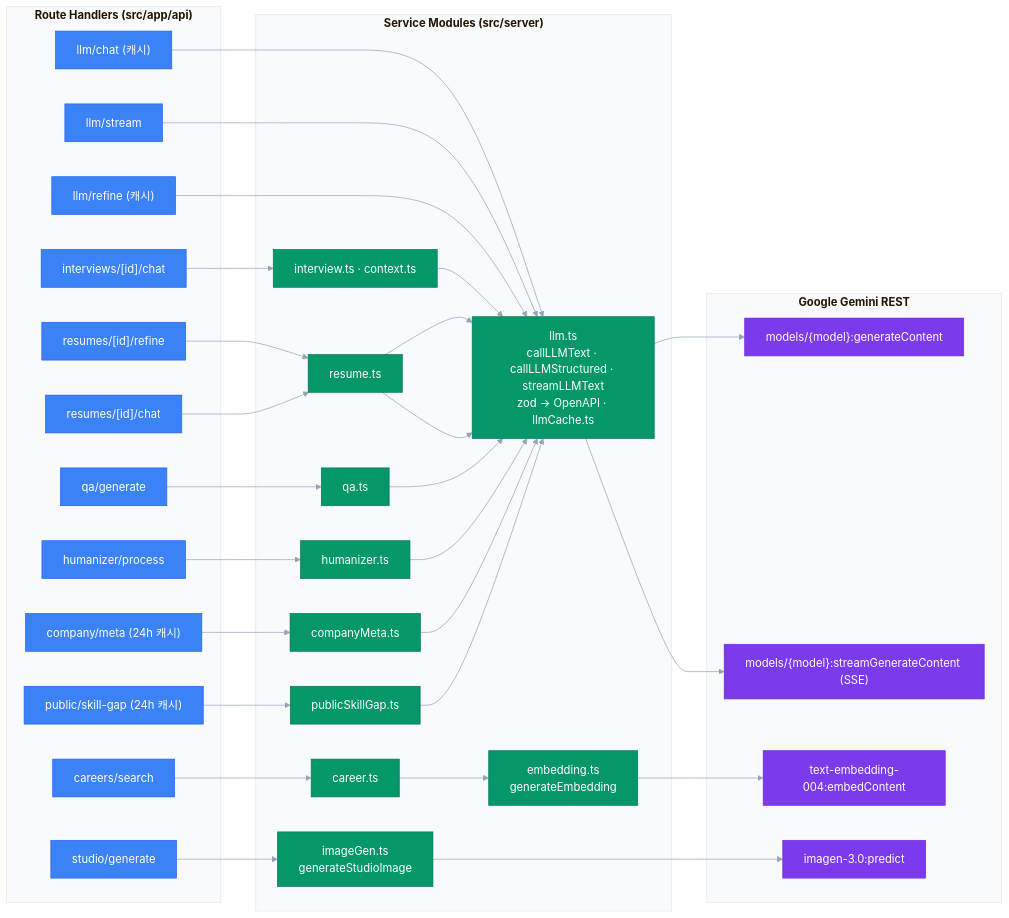
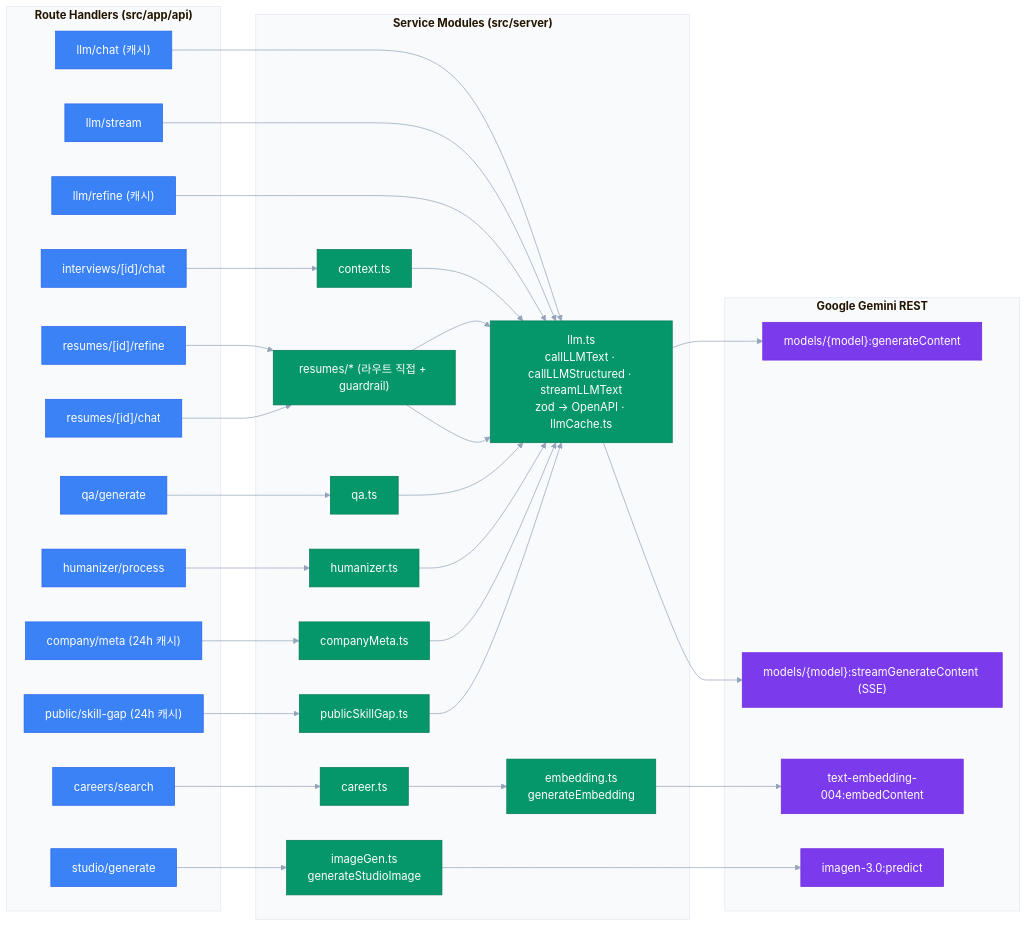
The second of 4 diagrams in README.md (teamKairosdev/Kairos), drawn with Mermaid before and after one commit. The commit also changed other lines of this file and 29 other files, not shown here.

````diff
--- a/README.md
+++ b/README.md
@@ -117,63 +117,63 @@
 ```mermaid
 %%{init: {'theme':'base', 'themeVariables': { 'primaryColor': '#059669', 'primaryBorderColor': '#047857', 'lineColor': '#94a3b8', 'secondaryColor': '#f0fdf4', 'tertiaryColor': '#dbeafe', 'clusterBkg': '#f8fafc', 'clusterBorder': '#e2e8f0'}}}%%
 flowchart LR
     subgraph API["<b>Route Handlers (src/app/api)</b>"]
         LLM_CHAT["llm/chat (캐시)"]
         LLM_STREAM["llm/stream"]
         LLM_REFINE["llm/refine (캐시)"]
         INT_CHAT["interviews/[id]/chat"]
         RES_REFINE["resumes/[id]/refine"]
         RES_CHAT["resumes/[id]/chat"]
         QA["qa/generate"]
         HUMAN["humanizer/process"]
         STUDIO["studio/generate"]
         CAREER["careers/search"]
         COMPANY["company/meta (24h 캐시)"]
         SKILLGAP["public/skill-gap (24h 캐시)"]
     end
 
     subgraph Services["<b>Service Modules (src/server)</b>"]
         LLM_SVC["llm.ts<br/>callLLMText · callLLMStructured · streamLLMText<br/>zod → OpenAPI · llmCache.ts"]
         EMB["embedding.ts<br/>generateEmbedding"]
         IMG["imageGen.ts<br/>generateStudioImage"]
         QA_SVC["qa.ts"]
         HUMAN_SVC["humanizer.ts"]
-        RESUME_SVC["resume.ts"]
-        INTERVIEW_SVC["interview.ts · context.ts"]
+        RESUME_SVC["resumes/* (라우트 직접 + guardrail)"]
+        INTERVIEW_SVC["context.ts"]
         CAREER_SVC["career.ts"]
         COMPANY_SVC["companyMeta.ts"]
         SKILLGAP_SVC["publicSkillGap.ts"]
     end
 
     subgraph Gemini["<b>Google Gemini REST</b>"]
         G1["models/{model}:generateContent"]
         G2["models/{model}:streamGenerateContent (SSE)"]
         G3["text-embedding-004:embedContent"]
         G4["imagen-3.0:predict"]
     end
 
     LLM_CHAT --> LLM_SVC
     LLM_STREAM --> LLM_SVC
     LLM_REFINE --> LLM_SVC
     INT_CHAT --> INTERVIEW_SVC --> LLM_SVC
     RES_REFINE --> RESUME_SVC --> LLM_SVC
     RES_CHAT --> RESUME_SVC --> LLM_SVC
     QA --> QA_SVC --> LLM_SVC
     HUMAN --> HUMAN_SVC --> LLM_SVC
     STUDIO --> IMG
     CAREER --> CAREER_SVC --> EMB
     COMPANY --> COMPANY_SVC --> LLM_SVC
     SKILLGAP --> SKILLGAP_SVC --> LLM_SVC
 
     LLM_SVC --> G1
     LLM_SVC --> G2
     EMB --> G3
     IMG --> G4
 
     classDef api fill:#3b82f6,color:#fff,stroke:#2563eb
     classDef svc fill:#059669,color:#fff,stroke:#047857
     classDef gem fill:#7c3aed,color:#fff,stroke:#6d28d9
     class LLM_CHAT,LLM_STREAM,LLM_REFINE,INT_CHAT,RES_REFINE,RES_CHAT,QA,HUMAN,STUDIO,CAREER,COMPANY,SKILLGAP api
     class LLM_SVC,EMB,IMG,QA_SVC,HUMAN_SVC,RESUME_SVC,INTERVIEW_SVC,CAREER_SVC,COMPANY_SVC,SKILLGAP_SVC svc
     class G1,G2,G3,G4 gem
 ```
````
